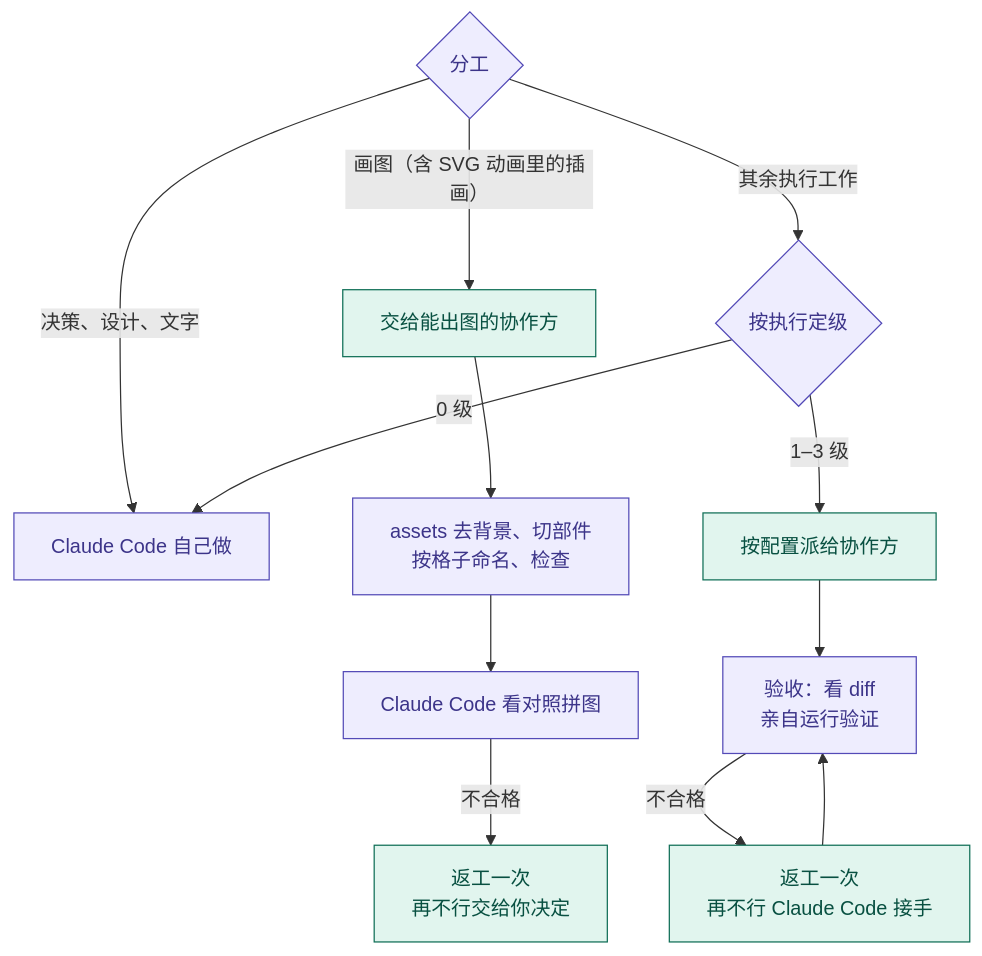
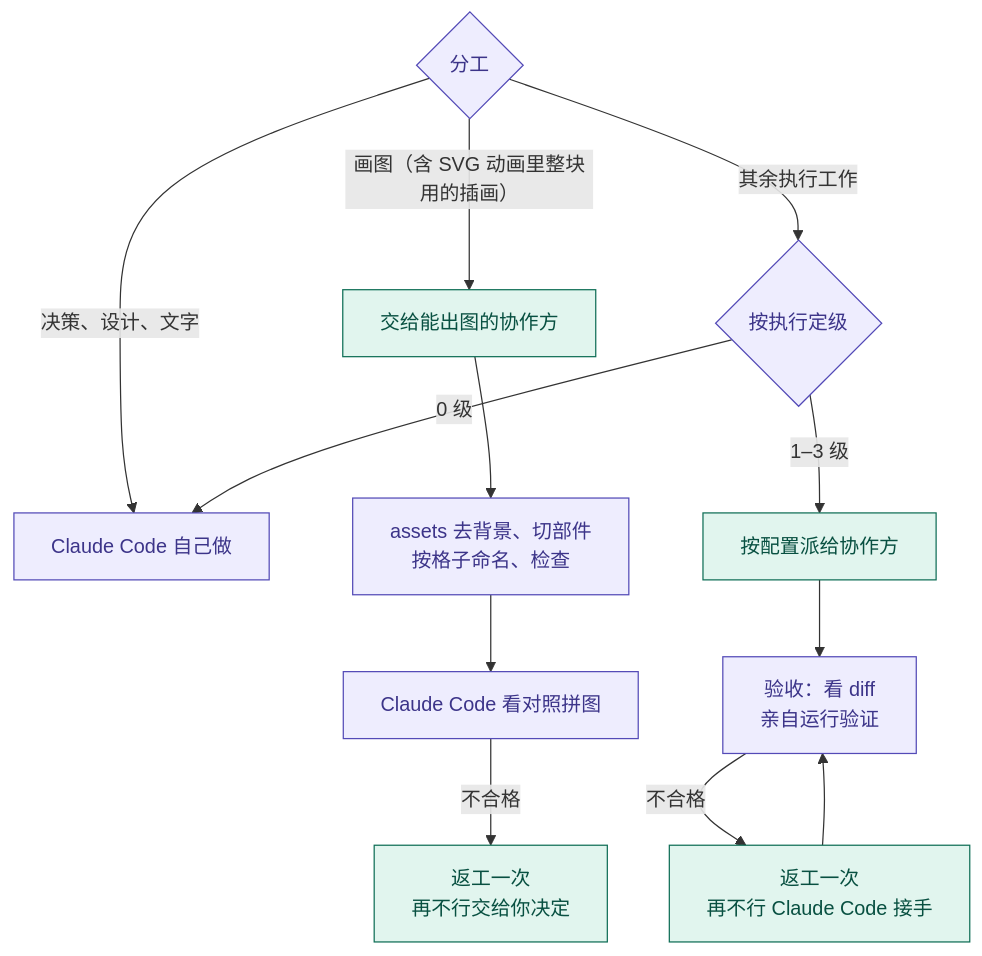
One commit to DaydayupV/claude-foreman changed the third of 4 diagrams in README.md. Above: the diagram before and after it, drawn with Mermaid. The commit also changed other lines of this file and 10 other files, not shown here.

````diff
--- a/README.md
+++ b/README.md
@@ -62,19 +62,19 @@
 ```mermaid
 flowchart TD
     r0{"分工"} -- "决策、设计、文字" --> rself["Claude Code 自己做"]
-    r0 -- "画图（含 SVG 动画里的插画）" --> rimg["交给能出图的协作方"]
+    r0 -- "画图（含 SVG 动画里整块用的插画）" --> rimg["交给能出图的协作方"]
     r0 -- "其余执行工作" --> rlevel{"按执行定级"}
     rlevel -- "0 级" --> rself
     rlevel -- "1–3 级" --> rrun["按配置派给协作方"]
     rrun --> rcheck["验收：看 diff<br/>亲自运行验证"]
     rimg --> rasset["assets 去背景、切部件<br/>按格子命名、检查"]
     rasset --> rimgcheck["Claude Code 看对照拼图"]
     rimgcheck -- "不合格" --> rimgredo["返工一次<br/>再不行交给你决定"]
     rcheck -- "不合格" --> rrework["返工一次<br/>再不行 Claude Code 接手"]
     rrework --> rcheck
 
     classDef claude fill:#EEEDFE,stroke:#534AB7,color:#3C3489
     classDef agent fill:#E1F5EE,stroke:#0F6E56,color:#085041
     class r0,rself,rlevel,rcheck,rasset,rimgcheck claude
     class rimg,rrun,rrework,rimgredo agent
 ```
````
